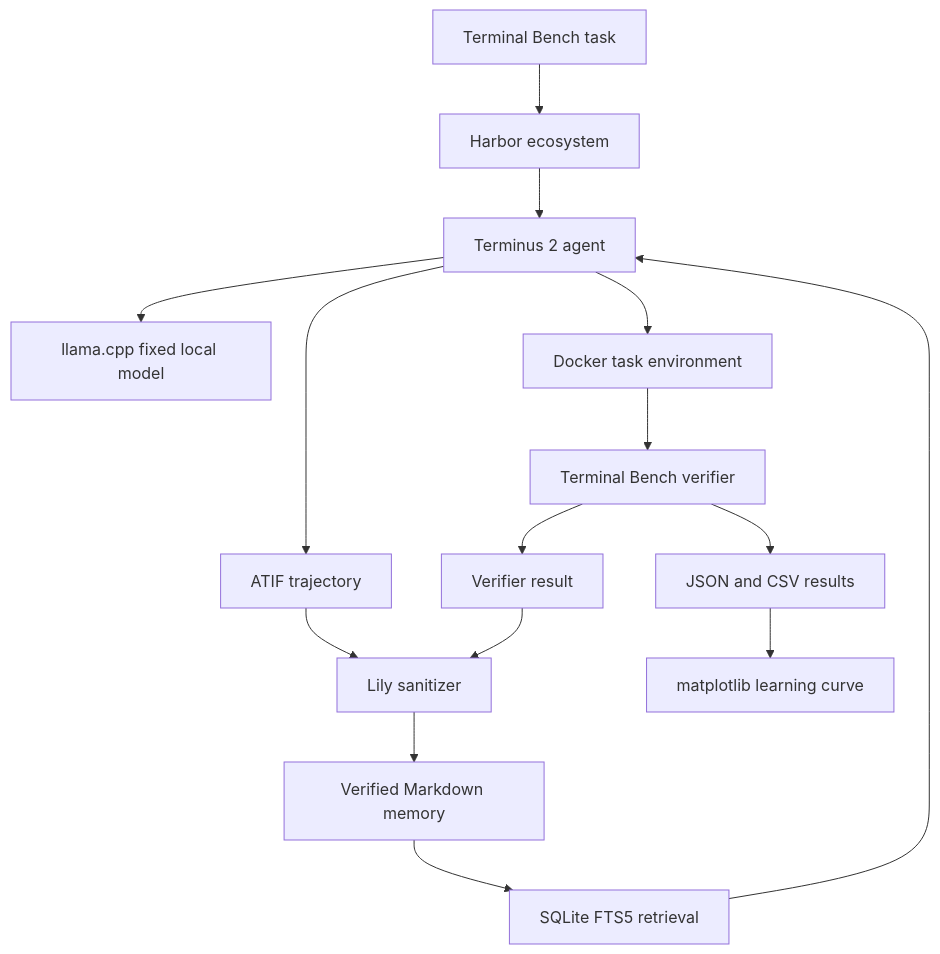
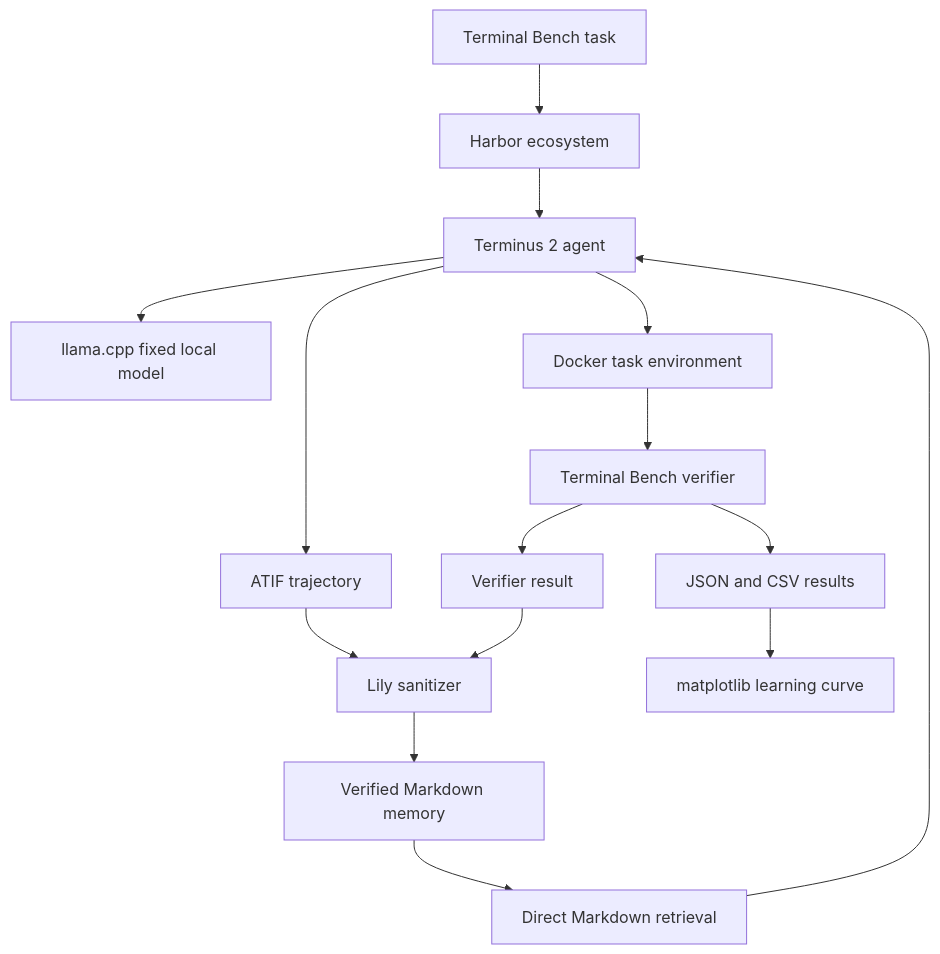
Before and after one commit to raghavan/longtail-inference-lab: the diagram in projects/01_terminal_artifact_memory/SETUP.md, drawn with Mermaid. The commit also changed other lines of this file, not shown here.

````diff
--- a/projects/01_terminal_artifact_memory/SETUP.md
+++ b/projects/01_terminal_artifact_memory/SETUP.md
@@ -37,17 +42,17 @@
 ```mermaid
 flowchart TD
     A[Terminal Bench task] --> B[Harbor ecosystem]
     B --> C[Terminus 2 agent]
     C --> D[llama.cpp fixed local model]
     C --> E[Docker task environment]
     E --> F[Terminal Bench verifier]
     C --> G[ATIF trajectory]
     F --> H[Verifier result]
     G --> I[Lily sanitizer]
     H --> I
     I --> J[Verified Markdown memory]
-    J --> K[SQLite FTS5 retrieval]
+    J --> K[Direct Markdown retrieval]
     K --> C
     F --> L[JSON and CSV results]
     L --> M[matplotlib learning curve]
 ```
````
